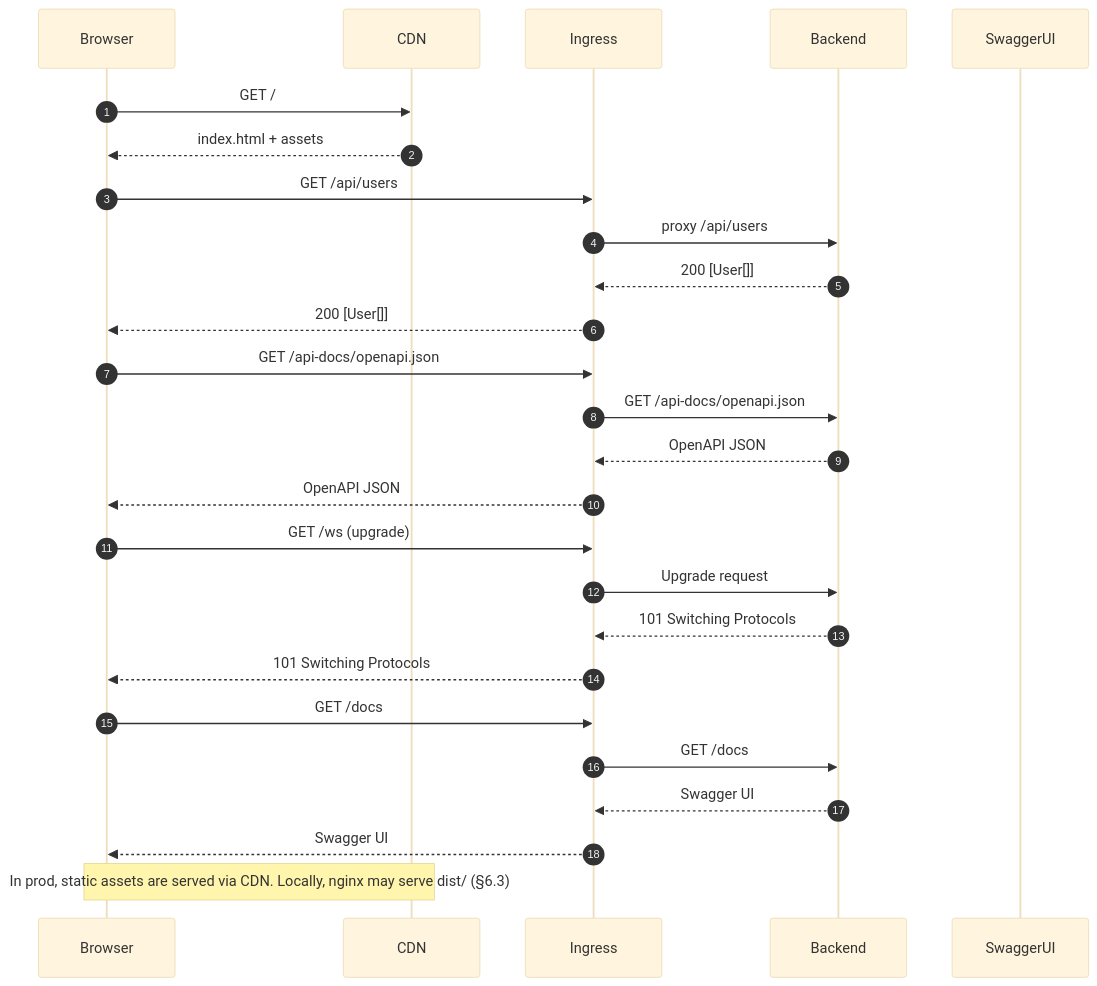
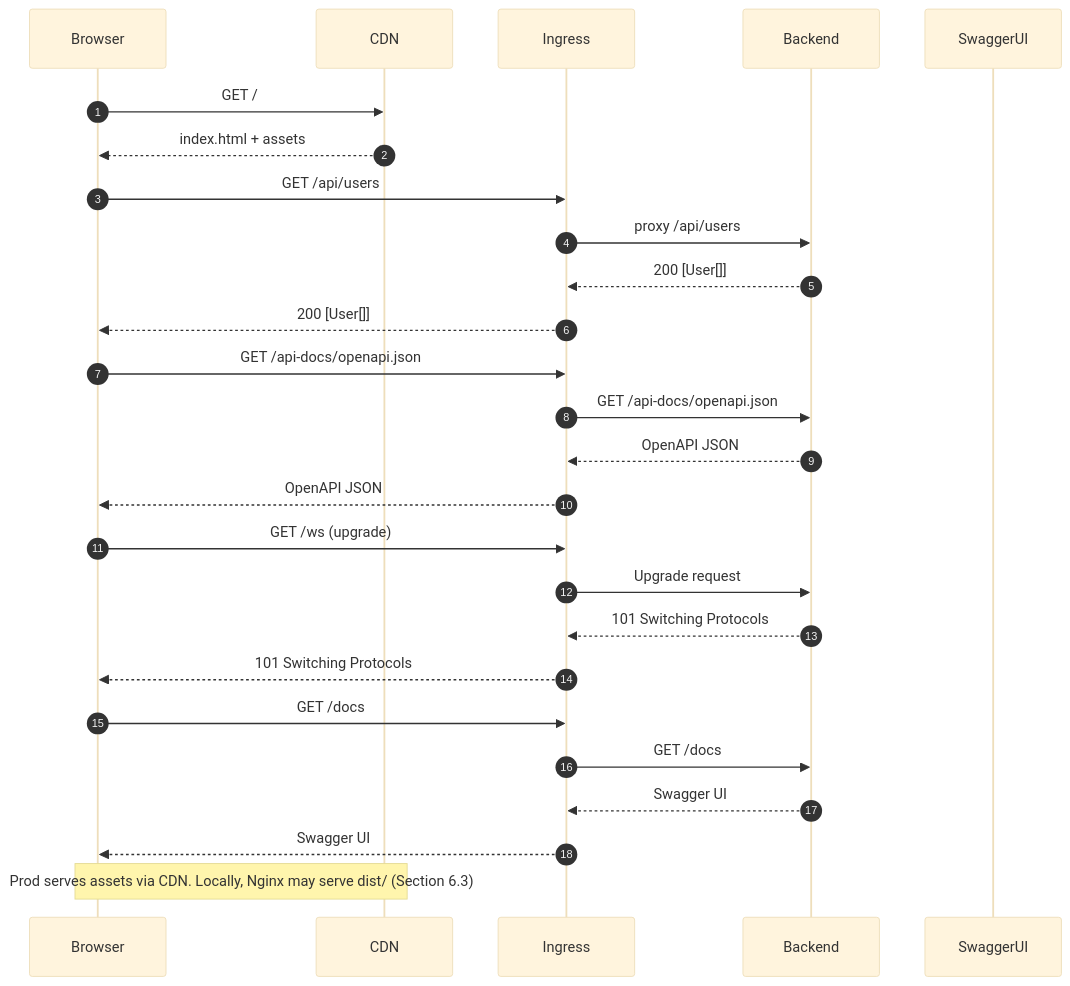
Before and after one commit to leynos/wildside: the first of 3 diagrams in docs/repository-structure.md, drawn with Mermaid (base theme). The commit also changed other lines of this file and 12 other files, not shown here.

````diff
--- a/docs/repository-structure.md
+++ b/docs/repository-structure.md
@@ -18,34 +18,34 @@
 ```mermaid
 sequenceDiagram
   autonumber
   participant Browser
   participant CDN
   participant Ingress
   participant Backend
   participant SwaggerUI
 
   Browser->>CDN: GET /
   CDN-->>Browser: index.html + assets
 
   Browser->>Ingress: GET /api/users
   Ingress->>Backend: proxy /api/users
   Backend-->>Ingress: 200 [User[]]
   Ingress-->>Browser: 200 [User[]]
 
   Browser->>Ingress: GET /api-docs/openapi.json
   Ingress->>Backend: GET /api-docs/openapi.json
   Backend-->>Ingress: OpenAPI JSON
   Ingress-->>Browser: OpenAPI JSON
 
   Browser->>Ingress: GET /ws (upgrade)
   Ingress->>Backend: Upgrade request
   Backend-->>Ingress: 101 Switching Protocols
   Ingress-->>Browser: 101 Switching Protocols
 
   Browser->>Ingress: GET /docs
   Ingress->>Backend: GET /docs
   Backend-->>Ingress: Swagger UI
   Ingress-->>Browser: Swagger UI
 
-  Note over Browser, CDN: In prod, static assets are served via CDN. Locally, nginx may serve dist/ (§6.3)
+  Note over Browser, CDN: Prod serves assets via CDN. Locally, Nginx may serve dist/ (Section 6.3)
 ```
````
